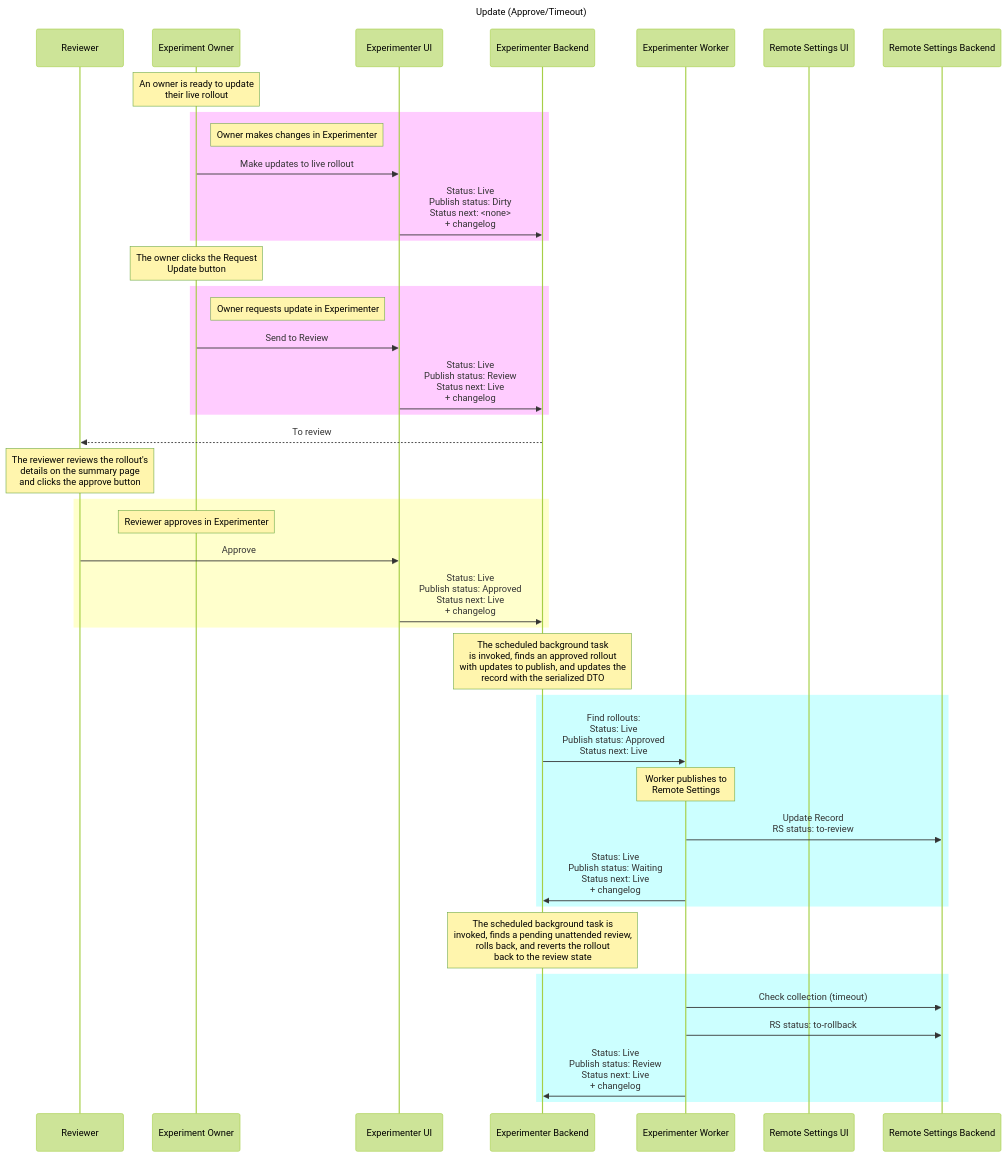
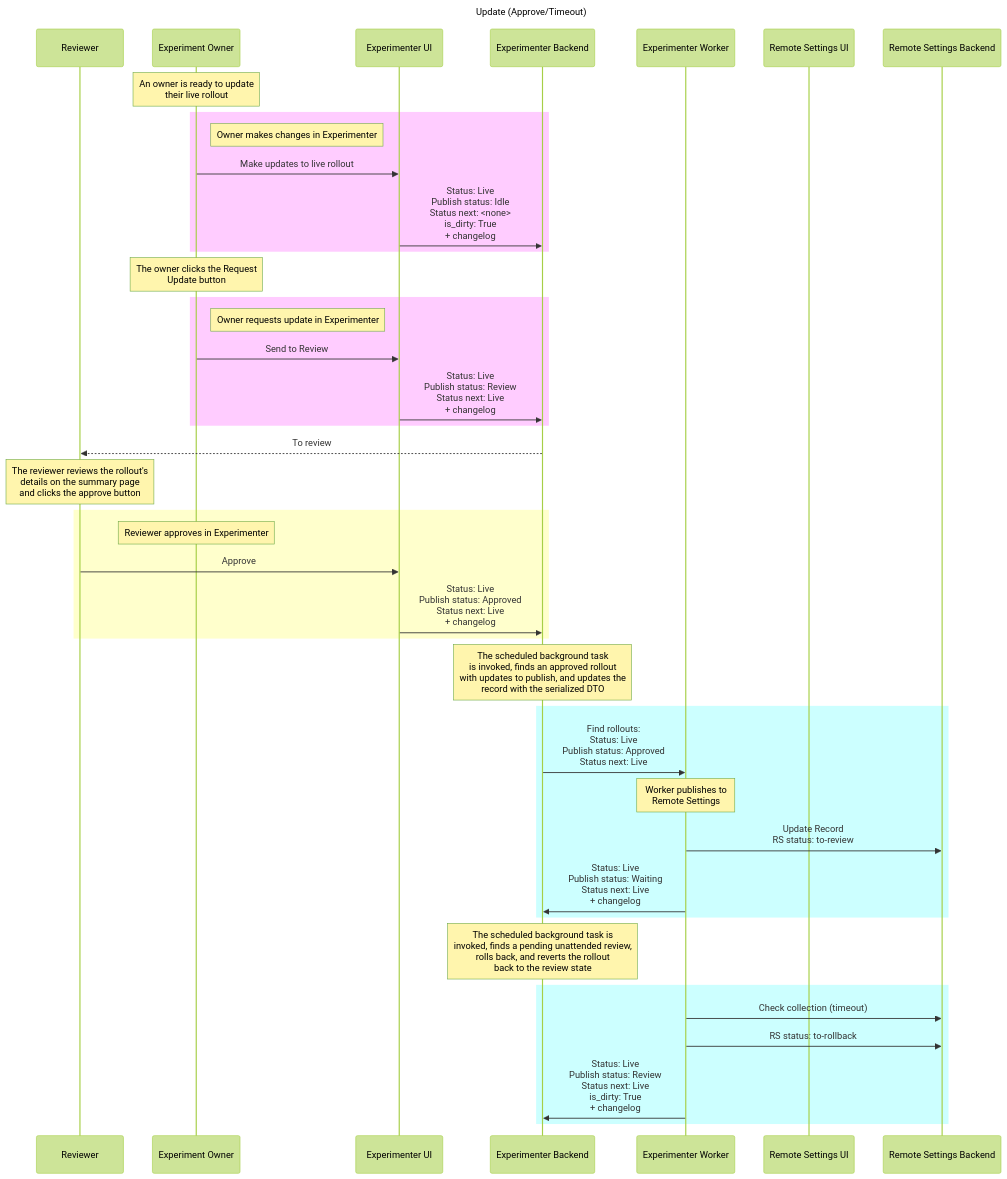
Before and after one commit to mozilla/experimenter: diagram 12 of 22 in docs/experimenter/README.md, drawn with Mermaid (forest theme). The commit also changed other lines of this file, not shown here.

Commit message:
For #8559 docs(nimbus): Update sequence diagrams to use is_dirty flag instead of dirty publish status

````diff
--- a/docs/experimenter/README.md
+++ b/docs/experimenter/README.md
@@ -707,54 +706,54 @@
 ```mermaid
   sequenceDiagram
     participant Reviewer
     participant Experiment Owner
     participant Experimenter UI
     participant Experimenter Backend
     participant Experimenter Worker
     participant Remote Settings UI
     participant Remote Settings Backend
     title Update (Approve/Timeout)
     
     Note over Experiment Owner: An owner is ready to update <br/> their live rollout
     
     rect rgb(255,204,255) 
         Note right of Experiment Owner: Owner makes changes in Experimenter
         Experiment Owner->>Experimenter UI: Make updates to live rollout
-        Experimenter UI->>Experimenter Backend: Status: Live <br/> Publish status: Dirty <br/> Status next: <none> <br/> + changelog
+        Experimenter UI->>Experimenter Backend: Status: Live <br/> Publish status: Idle <br/> Status next: <none> <br/> is_dirty: True <br/> + changelog
     end 
 
     Note over Experiment Owner: The owner clicks the Request <br/> Update button
     
     rect rgb(255,204,255) 
         Note right of Experiment Owner: Owner requests update in Experimenter
         Experiment Owner->>Experimenter UI: Send to Review
         Experimenter UI->>Experimenter Backend: Status: Live <br/> Publish status: Review <br/> Status next: Live <br/> + changelog
     end 
     
     Experimenter Backend-->>Reviewer: To review
     Note over Reviewer: The reviewer reviews the rollout's <br/> details on the summary page <br/> and clicks the approve button
     
 
     rect rgb(255,255,204) 
         Note over Experiment Owner: Reviewer approves in Experimenter
         Reviewer->>Experimenter UI: Approve
         Experimenter UI->>Experimenter Backend: Status: Live <br/> Publish status: Approved <br/> Status next: Live <br/> + changelog
     end 
  
     Note over Experimenter Backend: The scheduled background task <br/> is invoked, finds an approved rollout <br/> with updates to publish, and updates the <br/> record with the serialized DTO
     
     rect rgb(204,255,255) 
         Experimenter Backend->>Experimenter Worker: Find rollouts: <br/> Status: Live <br/> Publish status: Approved <br/> Status next: Live
         Note over Experimenter Worker: Worker publishes to <br/>Remote Settings
         Experimenter Worker->>Remote Settings Backend: Update Record <br/> RS status: to-review
         Experimenter Worker->>Experimenter Backend: Status: Live <br/> Publish status: Waiting <br/> Status next: Live <br/> + changelog
     end 
 
     Note over Experimenter Backend: The scheduled background task is <br/> invoked, finds a pending unattended review, <br/> rolls back, and reverts the rollout <br/> back to the review state
 
     rect rgb(204,255,255) 
         Experimenter Worker->>Remote Settings Backend: Check collection (timeout) 
         Experimenter Worker->>Remote Settings Backend: RS status: to-rollback
-        Experimenter Worker->>Experimenter Backend:  Status: Live <br/> Publish status: Review <br/> Status next: Live <br/> + changelog
+        Experimenter Worker->>Experimenter Backend:  Status: Live <br/> Publish status: Review <br/> Status next: Live <br/> is_dirty: True <br/> + changelog
     end 
 ```
````
